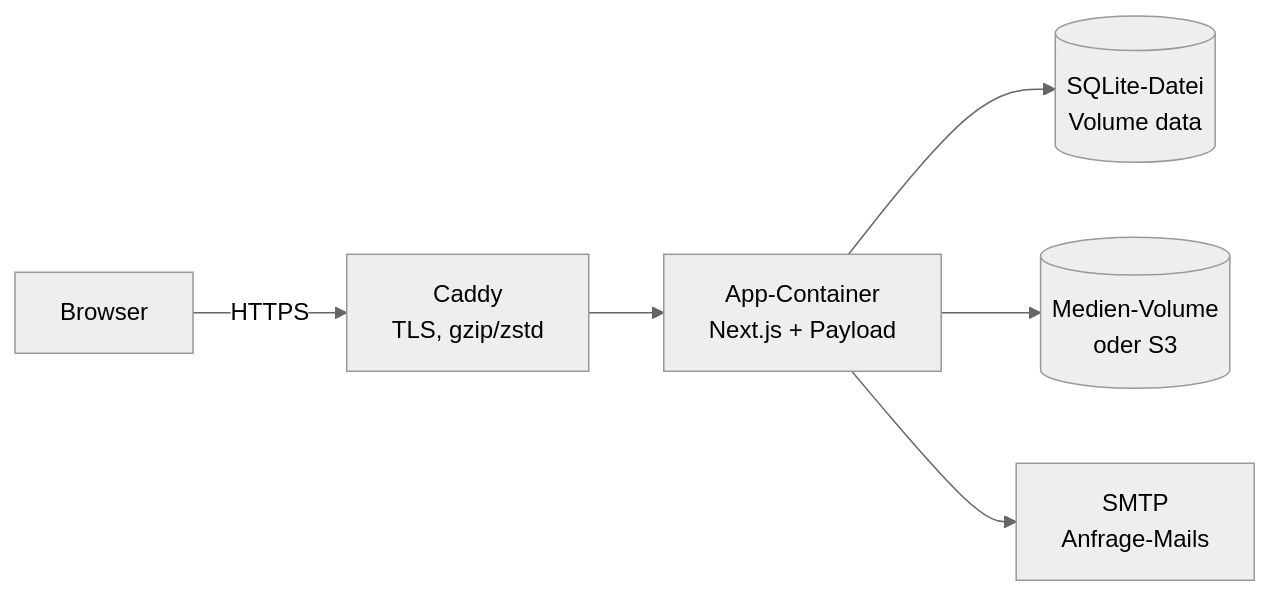
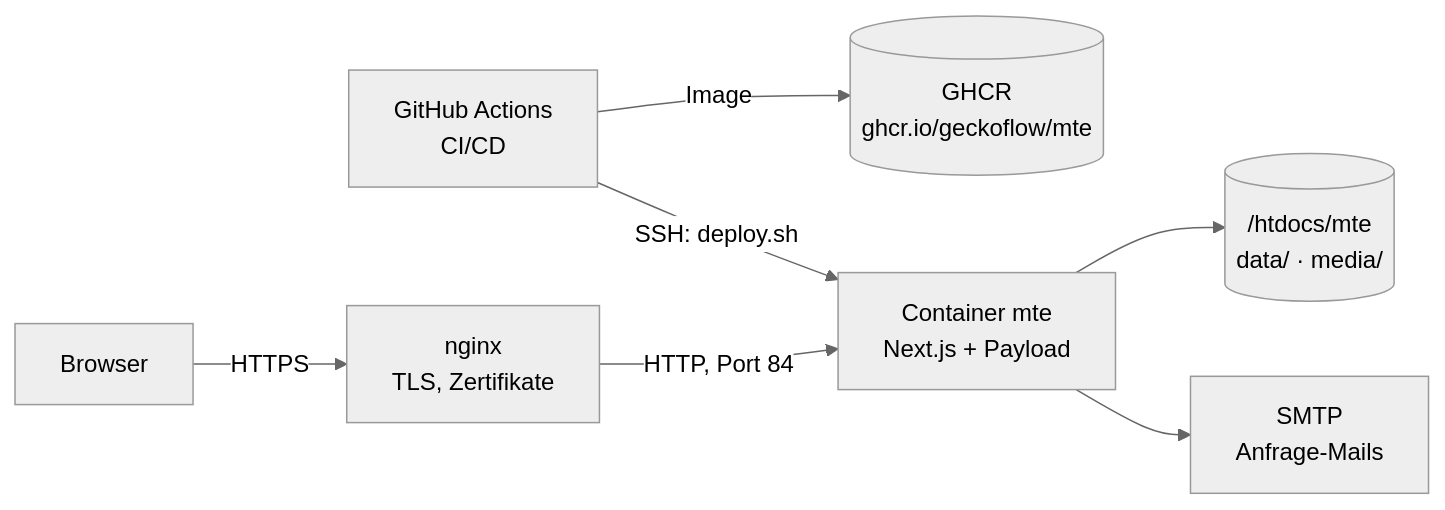
The diagram in docs/betrieb/betriebshandbuch.md (geckoflow/MTE), drawn with Mermaid (neutral theme) before and after one commit. The commit also changed other lines of this file and 9 other files, not shown here.

First line of the commit message:
CI/CD wie bei aquaconfig: Image nach GHCR, Deploy per SSH auf Port 84

````diff
--- a/docs/betrieb/betriebshandbuch.md
+++ b/docs/betrieb/betriebshandbuch.md
@@ -5,8 +5,9 @@
 ```mermaid
 flowchart LR
-  B[Browser] -->|HTTPS| C[Caddy<br/>TLS, gzip/zstd]
-  C --> A[App-Container<br/>Next.js + Payload]
-  A --> P[(SQLite-Datei<br/>Volume data)]
-  A --> M[(Medien-Volume<br/>oder S3)]
+  G[GitHub Actions<br/>CI/CD] -->|Image| R[(GHCR<br/>ghcr.io/geckoflow/mte)]
+  G -->|SSH: deploy.sh| A
+  B[Browser] -->|HTTPS| P[nginx<br/>TLS, Zertifikate]
+  P -->|HTTP, Port 84| A[Container mte<br/>Next.js + Payload]
+  A --> D[(/htdocs/mte<br/>data/ · media/)]
   A --> S[SMTP<br/>Anfrage-Mails]
 ```
````
